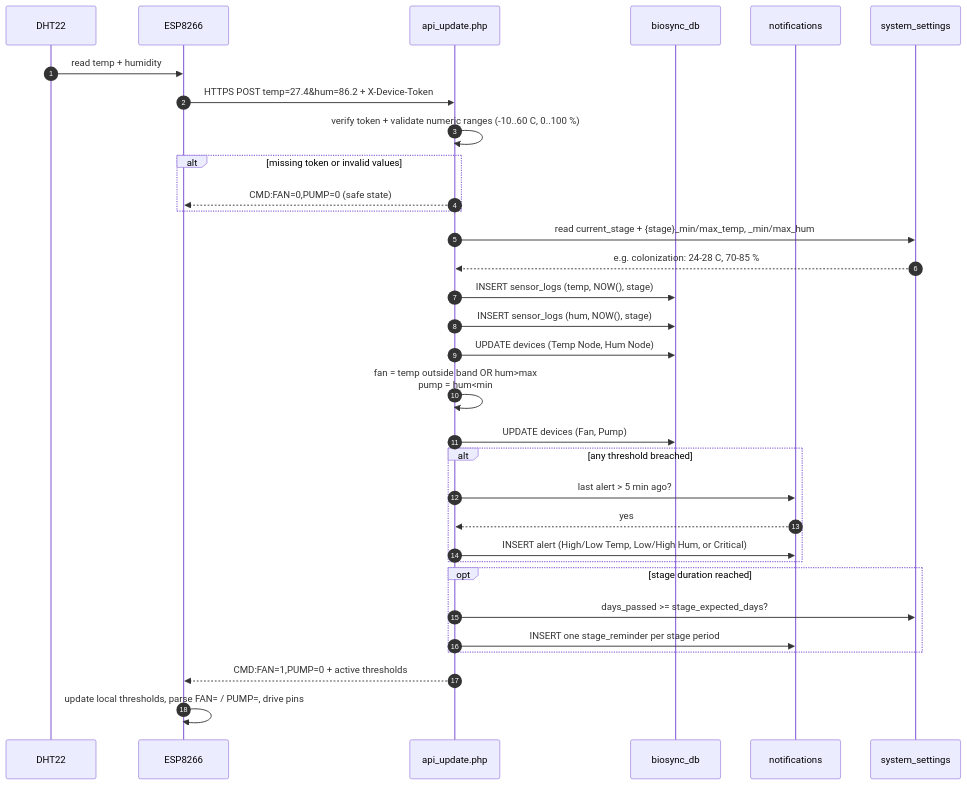
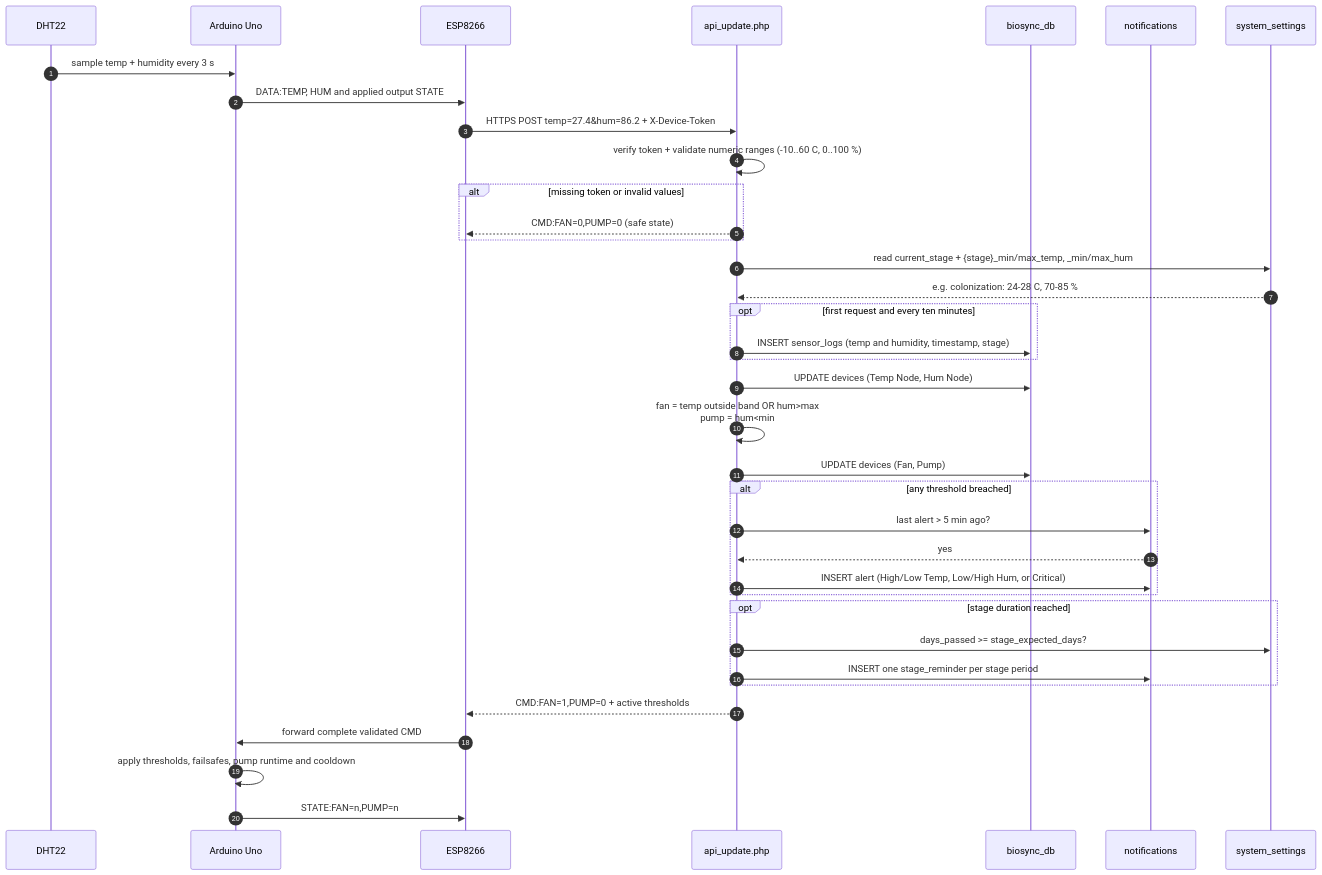
Before and after one commit to austinfeguro-png/mushroomsystem: the second of 4 diagrams in docs/SYSTEM_DIAGRAMS.md, drawn with Mermaid. The commit also changed other lines of this file and 11 other files, not shown here.

Commit message:
Fix stale data, session, and stage reminder handling

````diff
--- a/docs/SYSTEM_DIAGRAMS.md
+++ b/docs/SYSTEM_DIAGRAMS.md
@@ -73,35 +77,40 @@
 ```mermaid
 sequenceDiagram
     autonumber
     participant DHT as DHT22
+    participant UNO as Arduino Uno
     participant ESP as ESP8266
     participant API as api_update.php
     participant DB as biosync_db
     participant NOTIF as notifications
     participant SET as system_settings
 
-    DHT->>ESP: read temp + humidity
+    DHT->>UNO: sample temp + humidity every 3 s
+    UNO->>ESP: DATA:TEMP, HUM and applied output STATE
     ESP->>API: HTTPS POST temp=27.4&hum=86.2 + X-Device-Token
     API->>API: verify token + validate numeric ranges (-10..60 C, 0..100 %)
     alt missing token or invalid values
         API-->>ESP: CMD:FAN=0,PUMP=0 (safe state)
     end
     API->>SET: read current_stage + {stage}_min/max_temp, _min/max_hum
     SET-->>API: e.g. colonization: 24-28 C, 70-85 %
-    API->>DB: INSERT sensor_logs (temp, NOW(), stage)
-    API->>DB: INSERT sensor_logs (hum, NOW(), stage)
+    opt first request and every ten minutes
+        API->>DB: INSERT sensor_logs (temp and humidity, timestamp, stage)
+    end
     API->>DB: UPDATE devices (Temp Node, Hum Node)
     API->>API: fan = temp outside band OR hum>max<br/>pump = hum<min
     API->>DB: UPDATE devices (Fan, Pump)
     alt any threshold breached
         API->>NOTIF: last alert > 5 min ago?
         NOTIF-->>API: yes
         API->>NOTIF: INSERT alert (High/Low Temp, Low/High Hum, or Critical)
     end
     opt stage duration reached
         API->>SET: days_passed >= stage_expected_days?
         API->>NOTIF: INSERT one stage_reminder per stage period
     end
     API-->>ESP: CMD:FAN=1,PUMP=0 + active thresholds
-    ESP->>ESP: update local thresholds, parse FAN= / PUMP=, drive pins
+    ESP->>UNO: forward complete validated CMD
+    UNO->>UNO: apply thresholds, failsafes, pump runtime and cooldown
+    UNO->>ESP: STATE:FAN=n,PUMP=n
 ```
````
